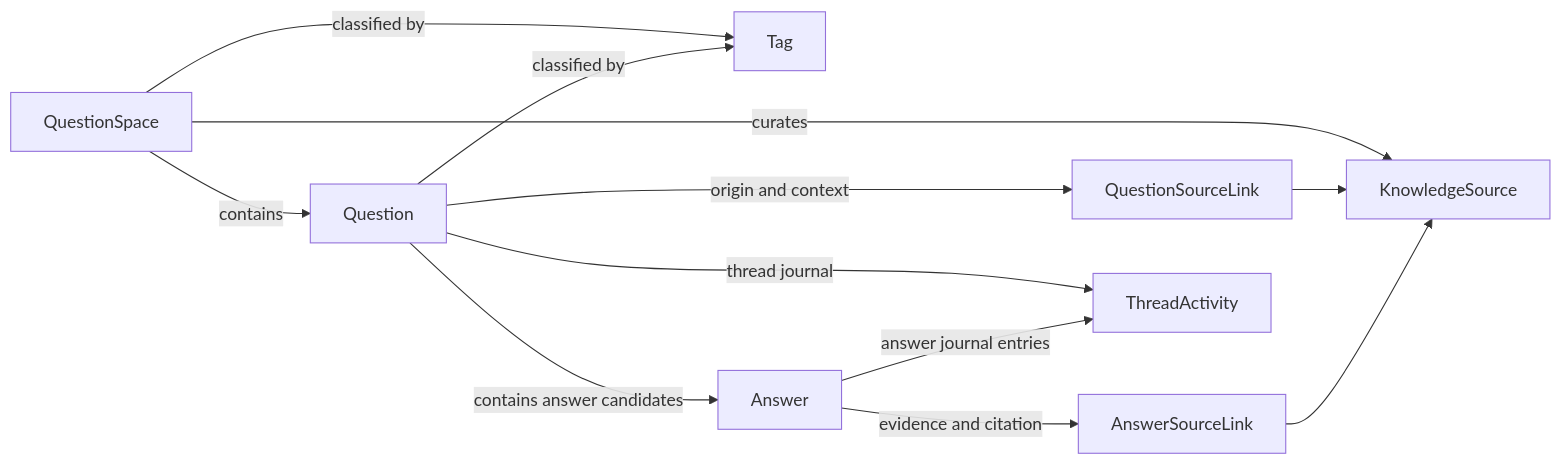
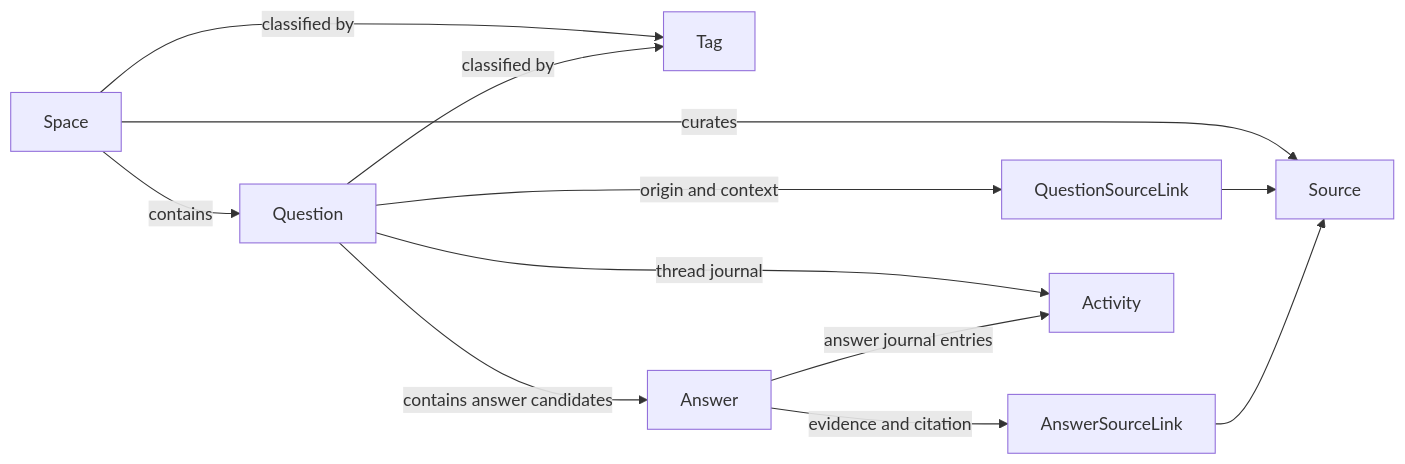
Before and after one commit to marcosrioj/querify: the diagram in dotnet/BaseFaq.Sample.Features.NewQaModel/Flows/README.md, drawn with Mermaid. The commit also changed other lines of this file and 261 other files, not shown here.

````diff
--- a/dotnet/BaseFaq.Sample.Features.NewQaModel/Flows/README.md
+++ b/dotnet/BaseFaq.Sample.Features.NewQaModel/Flows/README.md
@@ -13,23 +13,23 @@
 ```mermaid
 flowchart LR
-    Space[QuestionSpace]
+    Space[Space]
     Tag[Tag]
     Question[Question]
     Answer[Answer]
-    Source[KnowledgeSource]
+    Source[Source]
     QLink[QuestionSourceLink]
     ALink[AnswerSourceLink]
-    Activity[ThreadActivity]
+    Activity[Activity]
 
     Space -->|contains| Question
     Space -->|classified by| Tag
     Space -->|curates| Source
     Question -->|classified by| Tag
     Question -->|contains answer candidates| Answer
     Question -->|origin and context| QLink
     QLink --> Source
     Answer -->|evidence and citation| ALink
     ALink --> Source
     Question -->|thread journal| Activity
     Answer -->|answer journal entries| Activity
 ```
````
